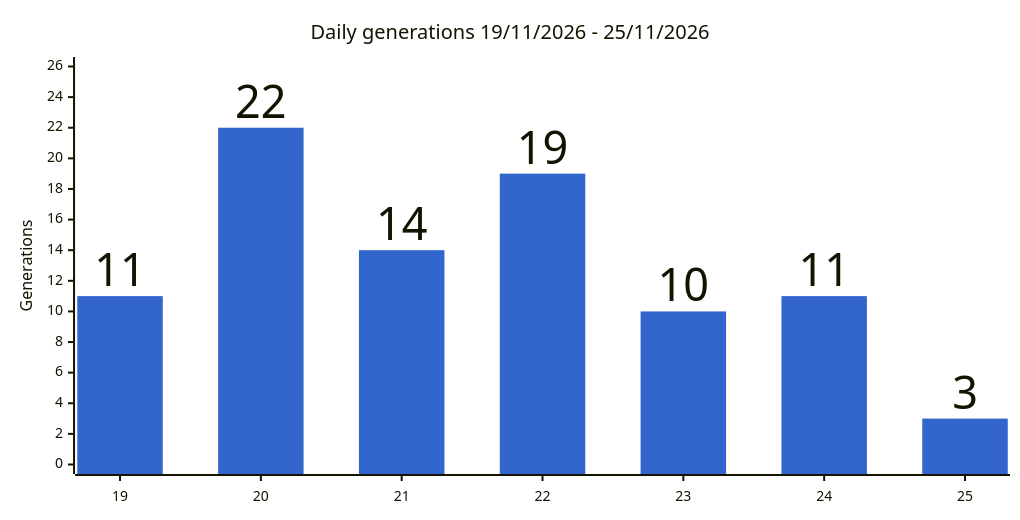
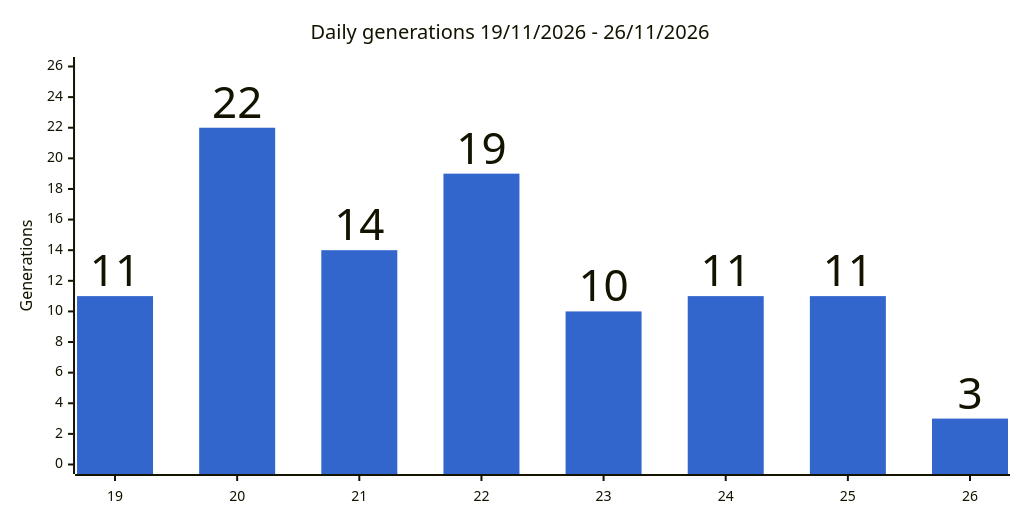
One commit to gmoulard/wikipedia2book changed the second of 4 diagrams in docs/stats.md. Above: the diagram before and after it, drawn with Mermaid. The commit also changed other lines of this file and 3 other files, not shown here.

````diff
--- a/docs/stats.md
+++ b/docs/stats.md
@@ -32,8 +32,8 @@
 ```mermaid
 %%{init: {"xyChart": {"width": 1000, "showDataLabel": true, "showDataLabelOutsideBar": true}, "themeVariables": {"xyChart": {"plotColorPalette": "#3366cc"}}}}%%
 xychart-beta
-    title "Daily generations 19/11/2026 - 25/11/2026"
-    x-axis ["19", "20", "21", "22", "23", "24", "25"]
+    title "Daily generations 19/11/2026 - 26/11/2026"
+    x-axis ["19", "20", "21", "22", "23", "24", "25", "26"]
     y-axis "Generations" 0 --> 26
-    bar [11, 22, 14, 19, 10, 11, 3]
+    bar [11, 22, 14, 19, 10, 11, 11, 3]
 ```
````
